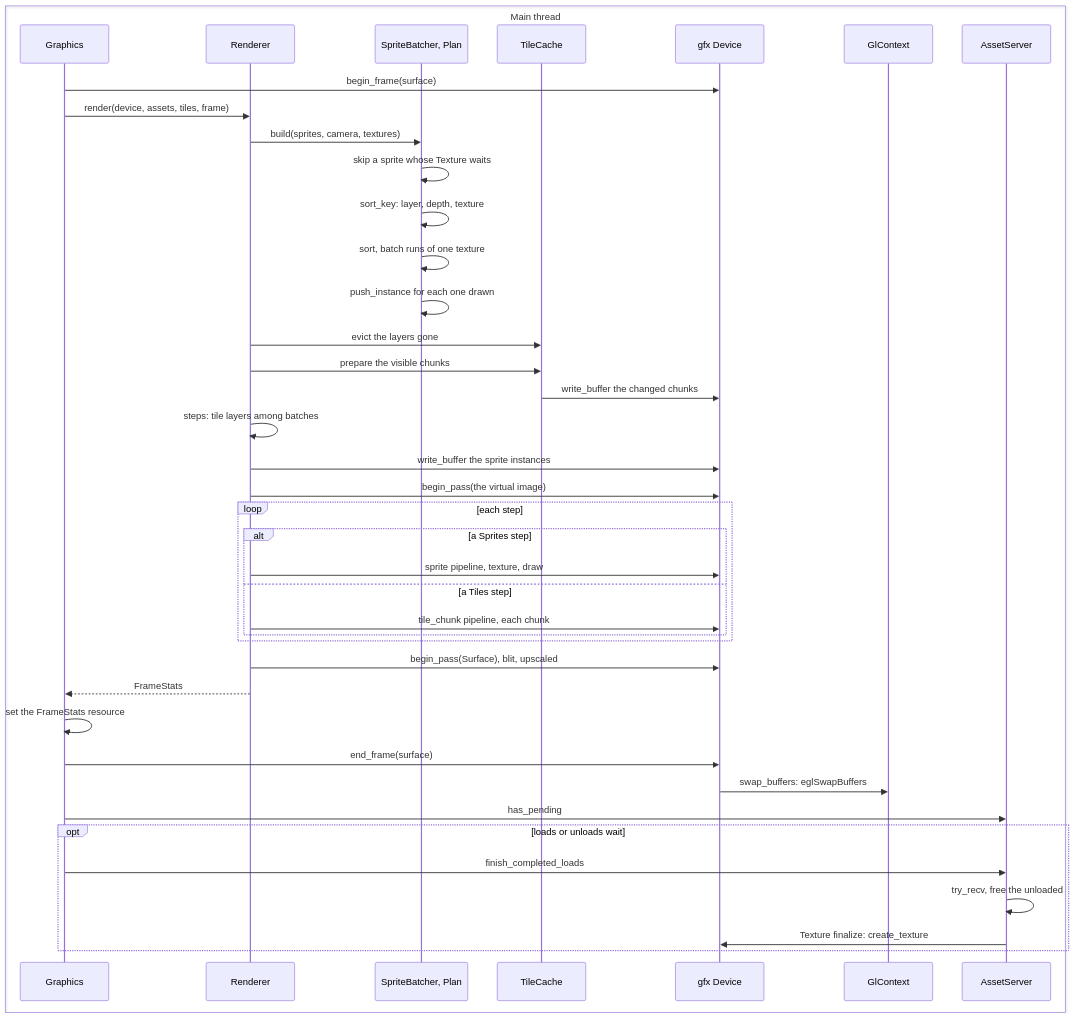
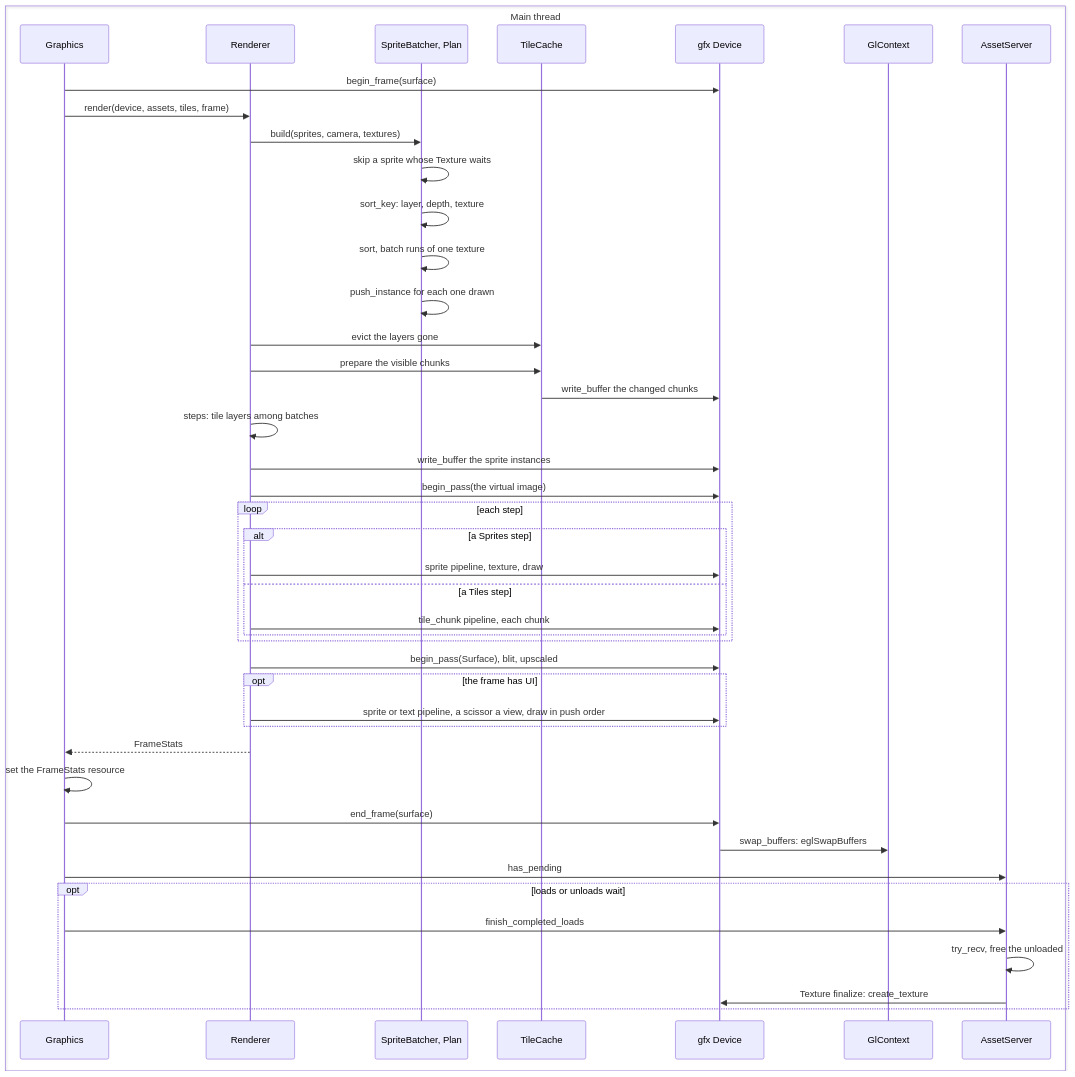
One commit to jabbott-iii/Nadir changed the seventh of 12 diagrams in diagrams/game-loop-sequence.md. Above: the diagram before and after it, drawn with Mermaid. The commit also changed other lines of this file and 24 other files, not shown here.

````diff
--- a/diagrams/game-loop-sequence.md
+++ b/diagrams/game-loop-sequence.md
@@ -394,44 +394,47 @@
 ```mermaid
 sequenceDiagram
     box Main thread
         participant Gfx as Graphics
         participant Rend as Renderer
         participant Bat as SpriteBatcher, Plan
         participant Tc as TileCache
         participant Dev as gfx Device
         participant Ctx as GlContext
         participant Srv as AssetServer
     end
 
     Gfx->>Dev: begin_frame(surface)
     Gfx->>Rend: render(device, assets, tiles, frame)
     Rend->>Bat: build(sprites, camera, textures)
     Bat->>Bat: skip a sprite whose Texture waits
     Bat->>Bat: sort_key: layer, depth, texture
     Bat->>Bat: sort, batch runs of one texture
     Bat->>Bat: push_instance for each one drawn
     Rend->>Tc: evict the layers gone
     Rend->>Tc: prepare the visible chunks
     Tc->>Dev: write_buffer the changed chunks
     Rend->>Rend: steps: tile layers among batches
     Rend->>Dev: write_buffer the sprite instances
     Rend->>Dev: begin_pass(the virtual image)
     loop each step
         alt a Sprites step
             Rend->>Dev: sprite pipeline, texture, draw
         else a Tiles step
             Rend->>Dev: tile_chunk pipeline, each chunk
         end
     end
     Rend->>Dev: begin_pass(Surface), blit, upscaled
+    opt the frame has UI
+        Rend->>Dev: sprite or text pipeline, a scissor a view, draw in push order
+    end
     Rend-->>Gfx: FrameStats
     Gfx->>Gfx: set the FrameStats resource
     Gfx->>Dev: end_frame(surface)
     Dev->>Ctx: swap_buffers: eglSwapBuffers
     Gfx->>Srv: has_pending
     opt loads or unloads wait
         Gfx->>Srv: finish_completed_loads
         Srv->>Srv: try_recv, free the unloaded
         Srv->>Dev: Texture finalize: create_texture
     end
 ```
````
